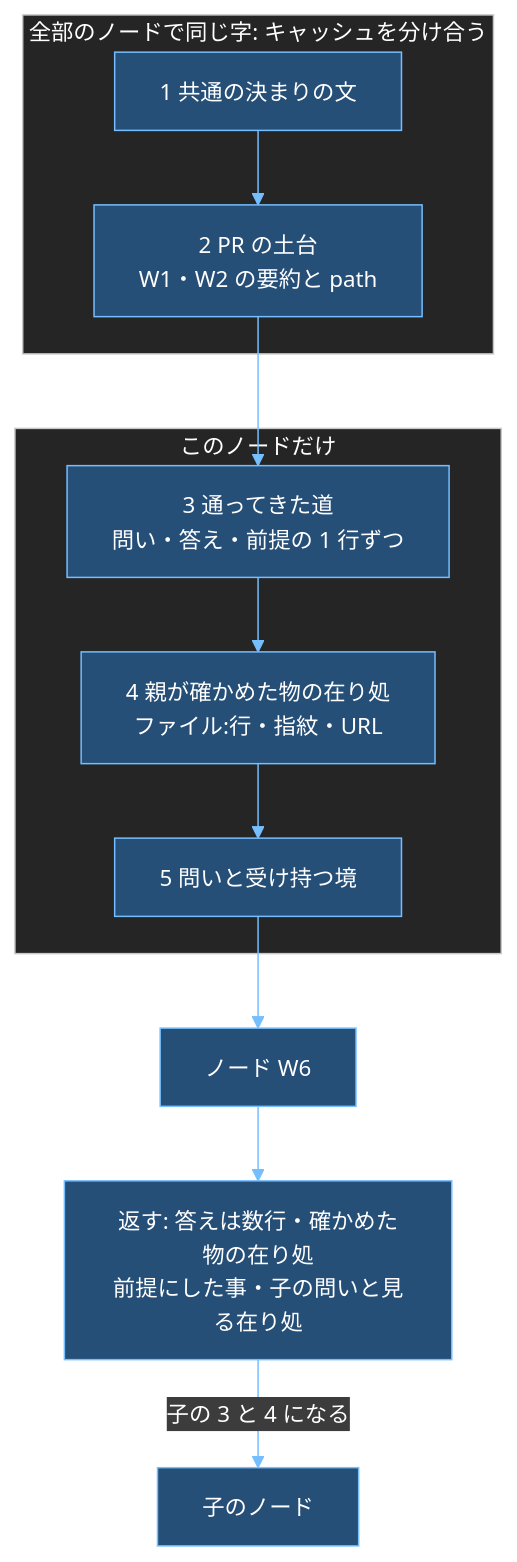
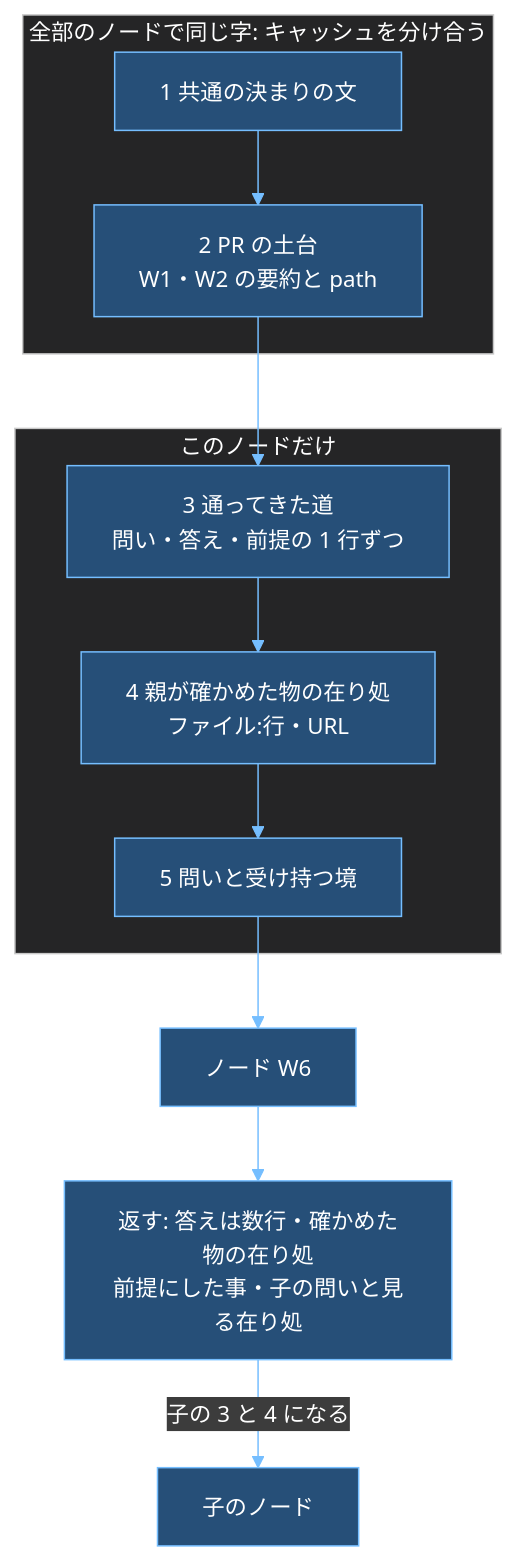
The fifth of 6 diagrams in attention/docs/my-turn-workflow-design.md (raiki61/claude-plugins), drawn with Mermaid before and after one commit. The commit also changed other lines of this file and 2 other files, not shown here.

````diff
--- a/attention/docs/my-turn-workflow-design.md
+++ b/attention/docs/my-turn-workflow-design.md
@@ -277,14 +290,14 @@
 ```mermaid
 %%{init: {"theme":"base","themeVariables":{"darkMode":true,"background":"#1e1e1e","fontSize":"15px","primaryColor":"#264f78","primaryTextColor":"#ffffff","primaryBorderColor":"#75beff","secondaryColor":"#3a3d41","tertiaryColor":"#2d2d30","lineColor":"#75beff","textColor":"#f0f0f0","titleColor":"#ffffff","clusterBkg":"#252526","clusterBorder":"#c8c8c8","edgeLabelBackground":"#3c3c3c","nodeTextColor":"#ffffff","actorBkg":"#264f78","actorBorder":"#75beff","actorTextColor":"#ffffff","actorLineColor":"#c8c8c8","signalColor":"#75beff","signalTextColor":"#f0f0f0","noteBkgColor":"#5c4b00","noteTextColor":"#ffffff","noteBorderColor":"#d7ba7d","labelBoxBkgColor":"#264f78","labelTextColor":"#ffffff","loopTextColor":"#f0f0f0","sequenceNumberColor":"#ffffff"}}}%%
 flowchart TB
   subgraph SAME["全部のノードで同じ字: キャッシュを分け合う"]
     R1["1 共通の決まりの文"] --> R2["2 PR の土台<br/>W1・W2 の要約と path"]
   end
   subgraph OWN["このノードだけ"]
-    R3["3 通ってきた道<br/>問い・答え・前提の 1 行ずつ"] --> R4["4 親が確かめた物の在り処<br/>ファイル:行・指紋・URL"] --> R5["5 問いと受け持つ境"]
+    R3["3 通ってきた道<br/>問い・答え・前提の 1 行ずつ"] --> R4["4 親が確かめた物の在り処<br/>ファイル:行・URL"] --> R5["5 問いと受け持つ境"]
   end
   R2 --> R3
   R5 --> N["ノード W6"]
   N --> RET["返す: 答えは数行・確かめた物の在り処<br/>前提にした事・子の問いと見る在り処"]
   RET -->|子の 3 と 4 になる| CH["子のノード"]
 ```
````
